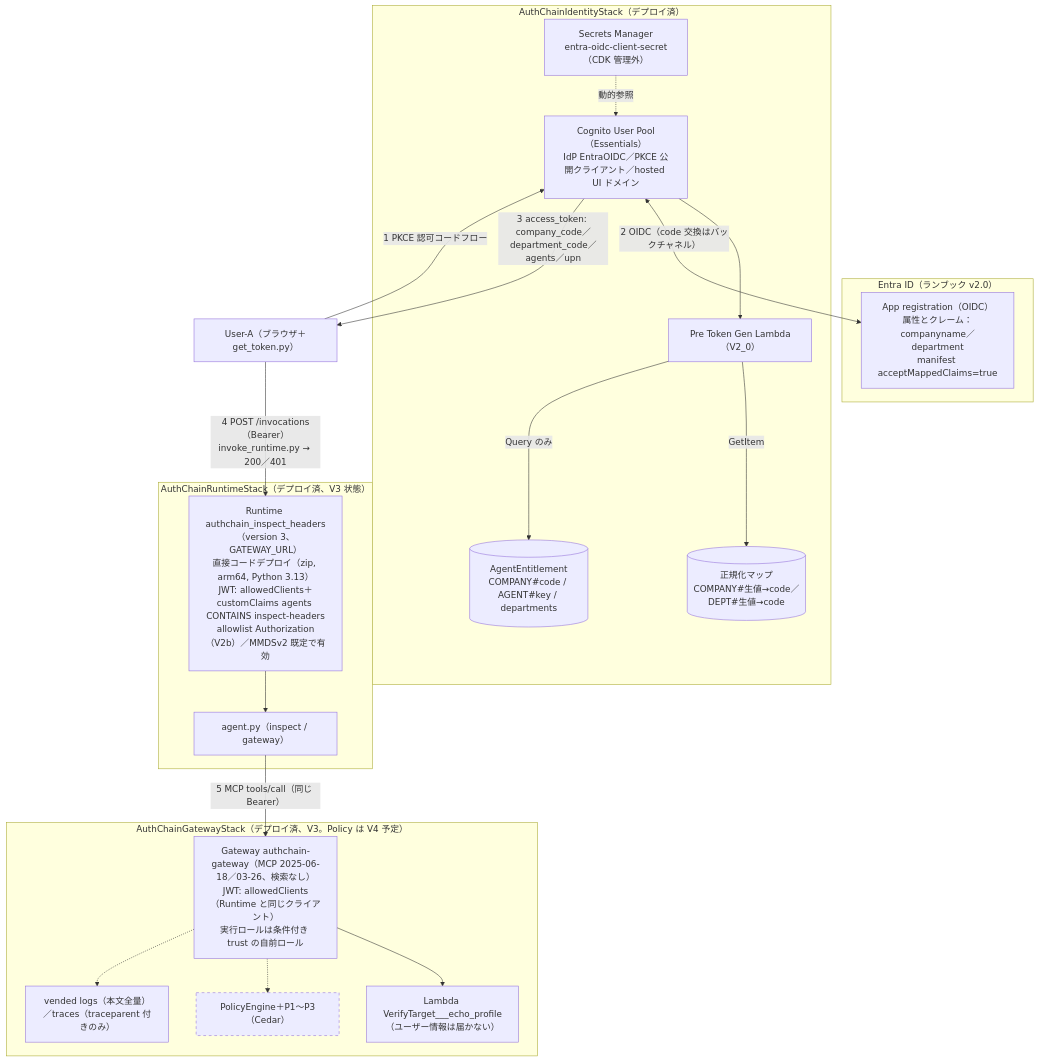
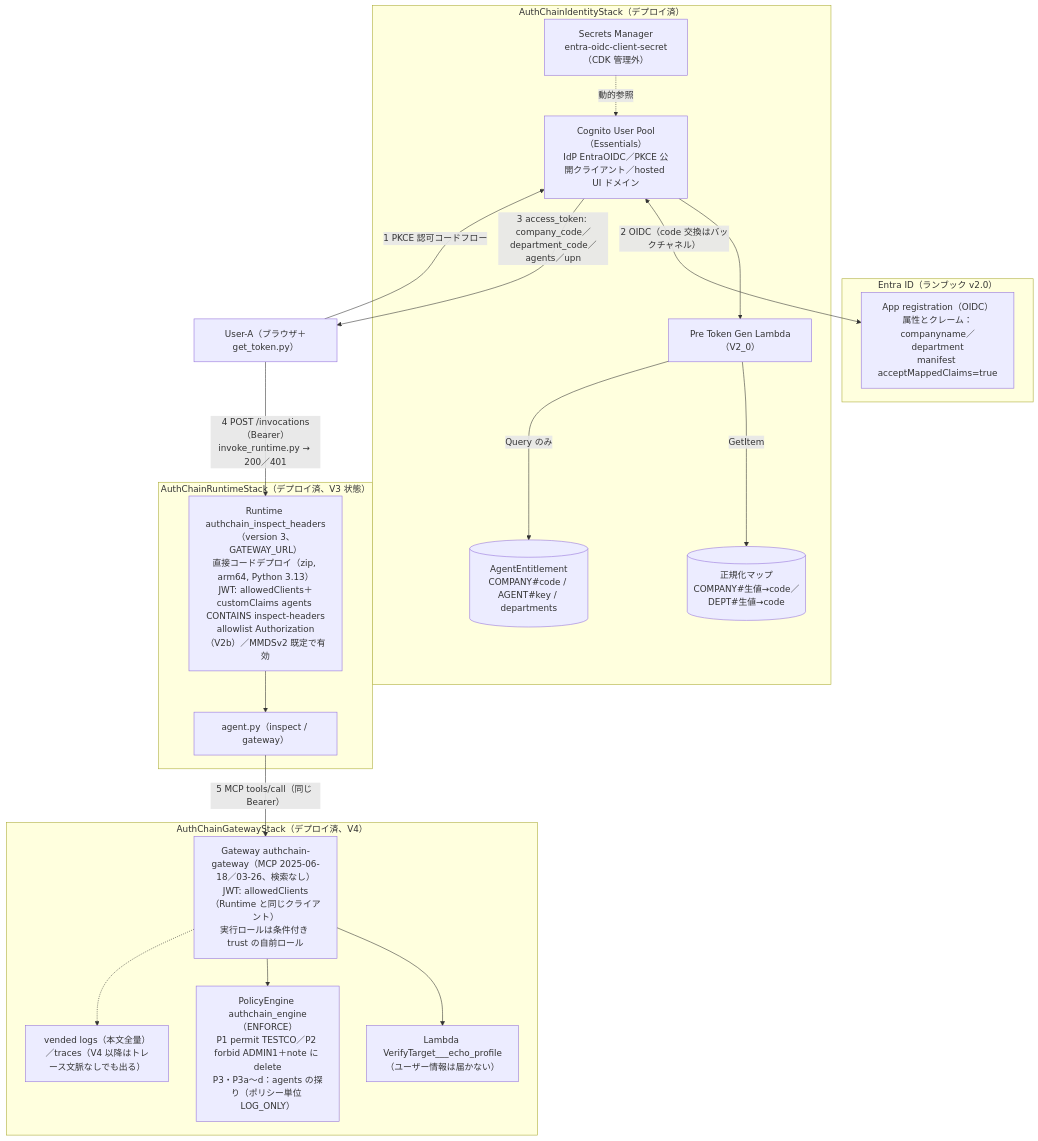
One commit to yuki-m1216/Training changed the second of 3 diagrams in CDK/agentcore-authchain/docs/整理_システム全体像_v1_0.md. Above: the diagram before and after it, drawn with Mermaid. The commit also changed other lines of this file and 10 other files, not shown here.

First line of the commit message:
feat(agentcore-authchain): V4 Gateway Policy（Cedar）を LOG_ONLY → ENFORCE で実測

````diff
--- a/CDK/agentcore-authchain/docs/整理_システム全体像_v1_0.md
+++ b/CDK/agentcore-authchain/docs/整理_システム全体像_v1_0.md
@@ -51,37 +51,37 @@
 ```mermaid
 flowchart TB
     subgraph ENTRA["Entra ID（ランブック v2.0）"]
         E1["App registration（OIDC）<br/>属性とクレーム：companyname／department<br/>manifest acceptMappedClaims=true"]
     end
     subgraph IDS["AuthChainIdentityStack（デプロイ済）"]
         C1["Cognito User Pool（Essentials）<br/>IdP EntraOIDC／PKCE 公開クライアント／hosted UI ドメイン"]
         L1["Pre Token Gen Lambda（V2_0）"]
         D1[("正規化マップ<br/>COMPANY#生値→code／DEPT#生値→code")]
         D2[("AgentEntitlement<br/>COMPANY#code / AGENT#key / departments")]
         S1["Secrets Manager<br/>entra-oidc-client-secret（CDK 管理外）"]
         C1 --> L1
         L1 -->|GetItem| D1
         L1 -->|Query のみ| D2
         S1 -.->|動的参照| C1
     end
     subgraph RTS["AuthChainRuntimeStack（デプロイ済、V3 状態）"]
         R1["Runtime authchain_inspect_headers（version 3、GATEWAY_URL）<br/>直接コードデプロイ（zip, arm64, Python 3.13）<br/>JWT: allowedClients＋customClaims agents CONTAINS inspect-headers<br/>allowlist Authorization（V2b）／MMDSv2 既定で有効"]
         R2["agent.py（inspect / gateway）"]
         R1 --> R2
     end
-    subgraph GWS["AuthChainGatewayStack（デプロイ済、V3。Policy は V4 予定）"]
+    subgraph GWS["AuthChainGatewayStack（デプロイ済、V4）"]
         G1["Gateway authchain-gateway（MCP 2025-06-18／03-26、検索なし）<br/>JWT: allowedClients（Runtime と同じクライアント）<br/>実行ロールは条件付き trust の自前ロール"]
-        G2["PolicyEngine＋P1〜P3（Cedar）"]:::planned
+        G2["PolicyEngine authchain_engine（ENFORCE）<br/>P1 permit TESTCO／P2 forbid ADMIN1＋note に delete<br/>P3・P3a〜d：agents の探り（ポリシー単位 LOG_ONLY）"]
         G3["Lambda VerifyTarget___echo_profile<br/>（ユーザー情報は届かない）"]
-        G4["vended logs（本文全量）／traces（traceparent 付きのみ）"]
+        G4["vended logs（本文全量）／traces（V4 以降はトレース文脈なしでも出る）"]
         G1 --> G3
-        G1 -.-> G2
+        G1 --> G2
         G1 -.-> G4
     end
     U["User-A（ブラウザ＋get_token.py）"] -->|"1 PKCE 認可コードフロー"| C1
     C1 <-->|"2 OIDC（code 交換はバックチャネル）"| E1
     C1 -->|"3 access_token: company_code／department_code／agents／upn"| U
     U -->|"4 POST /invocations（Bearer）invoke_runtime.py → 200／401"| R1
     R2 -->|"5 MCP tools/call（同じ Bearer）"| G1
     classDef planned stroke-dasharray: 5 5
 ```
````
